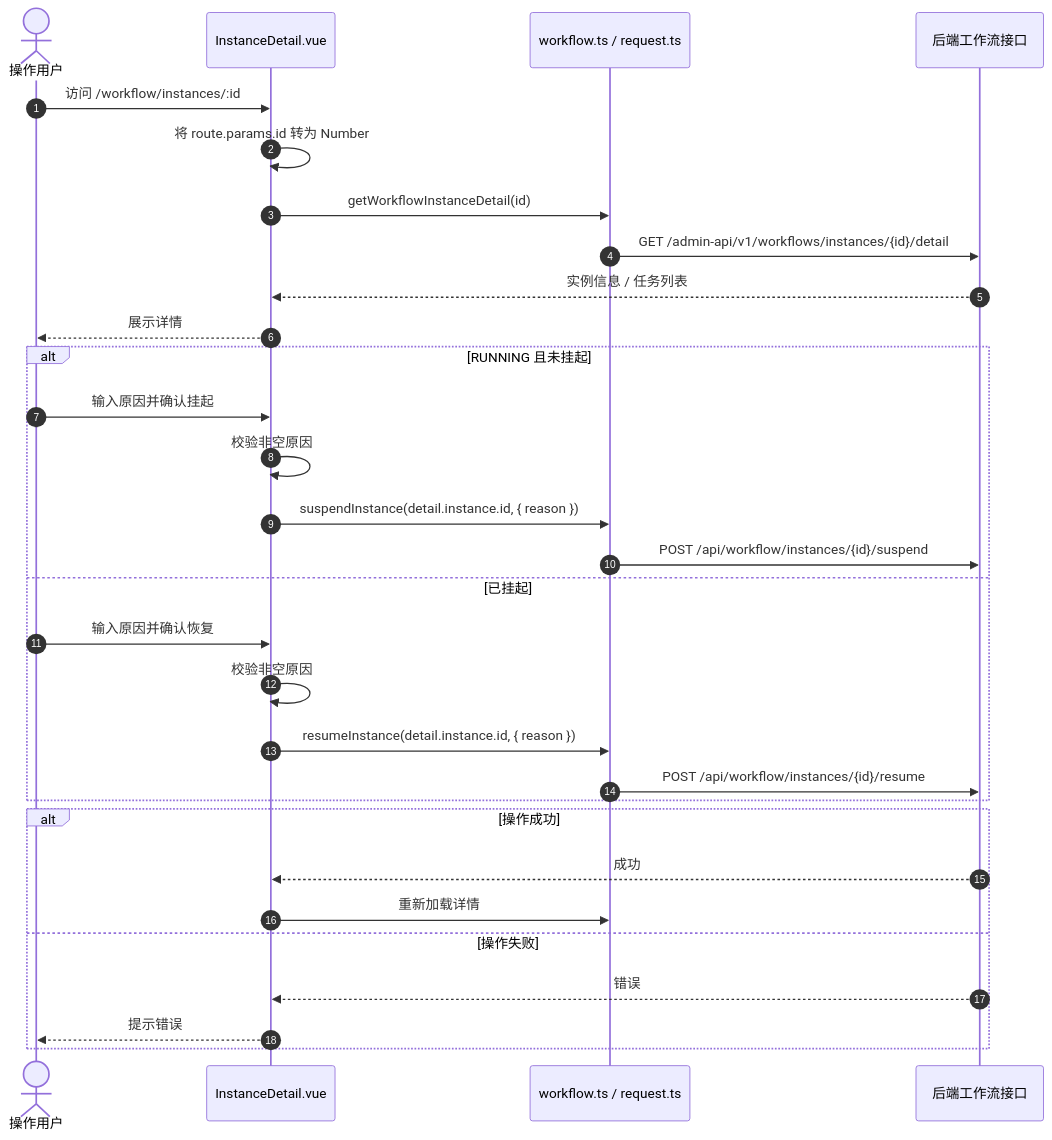
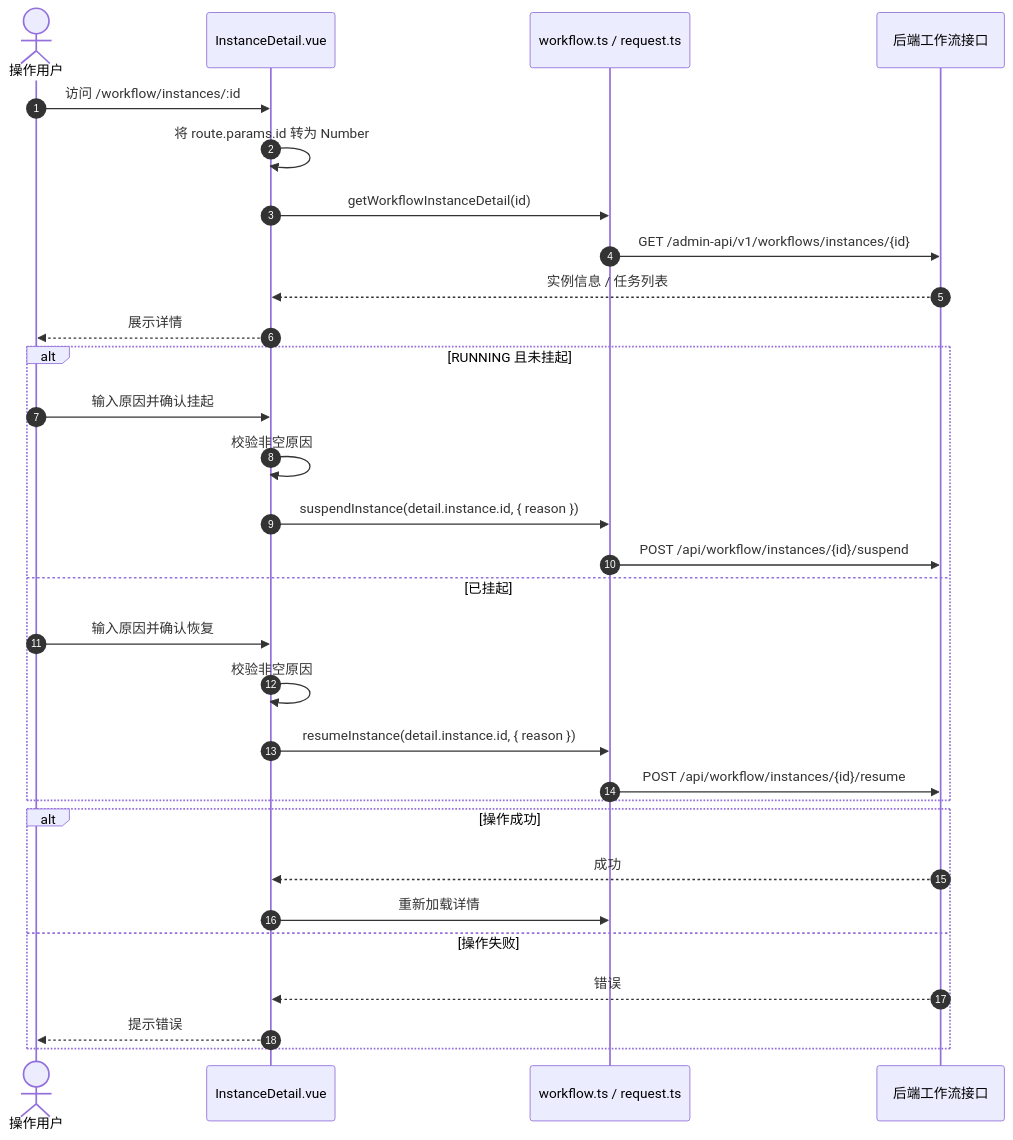
Diagram 13 of 15 in AGENTS.md (apex-cloud-service/apex-admin-web), drawn with Mermaid before and after one commit. The commit also changed other lines of this file and 39 other files, not shown here.

````diff
--- a/AGENTS.md
+++ b/AGENTS.md
@@ -471,32 +483,32 @@
 ```mermaid
 sequenceDiagram
     autonumber
     actor U as 操作用户
     participant V as InstanceDetail.vue
     participant API as workflow.ts / request.ts
     participant B as 后端工作流接口
     U->>V: 访问 /workflow/instances/:id
     V->>V: 将 route.params.id 转为 Number
     V->>API: getWorkflowInstanceDetail(id)
-    API->>B: GET /admin-api/v1/workflows/instances/{id}/detail
+    API->>B: GET /admin-api/v1/workflows/instances/{id}
     B-->>V: 实例信息 / 任务列表
     V-->>U: 展示详情
     alt RUNNING 且未挂起
         U->>V: 输入原因并确认挂起
         V->>V: 校验非空原因
         V->>API: suspendInstance(detail.instance.id, { reason })
         API->>B: POST /api/workflow/instances/{id}/suspend
     else 已挂起
         U->>V: 输入原因并确认恢复
         V->>V: 校验非空原因
         V->>API: resumeInstance(detail.instance.id, { reason })
         API->>B: POST /api/workflow/instances/{id}/resume
     end
     alt 操作成功
         B-->>V: 成功
         V->>API: 重新加载详情
     else 操作失败
         B-->>V: 错误
         V-->>U: 提示错误
     end
 ```
````
